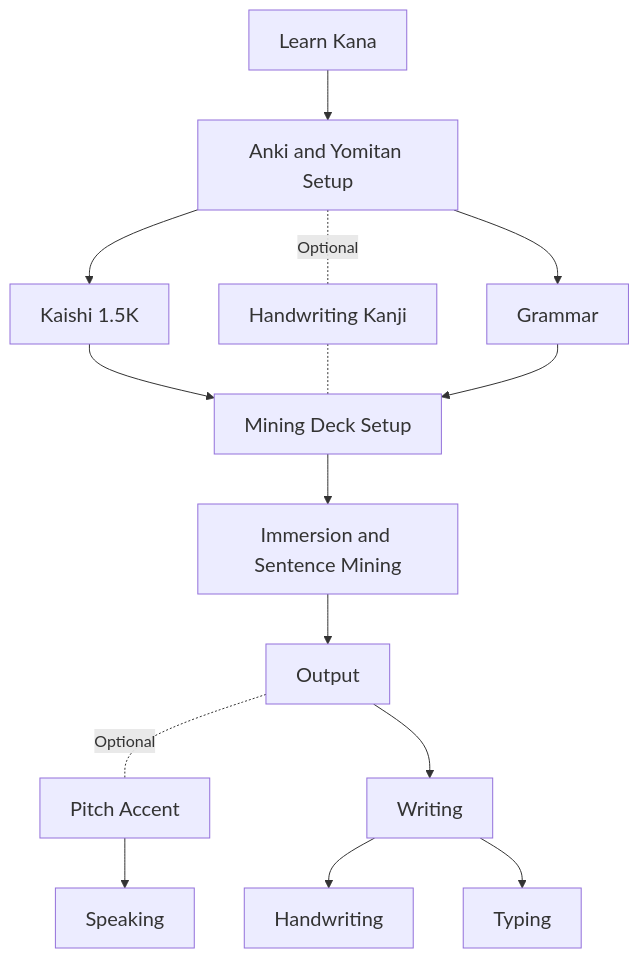
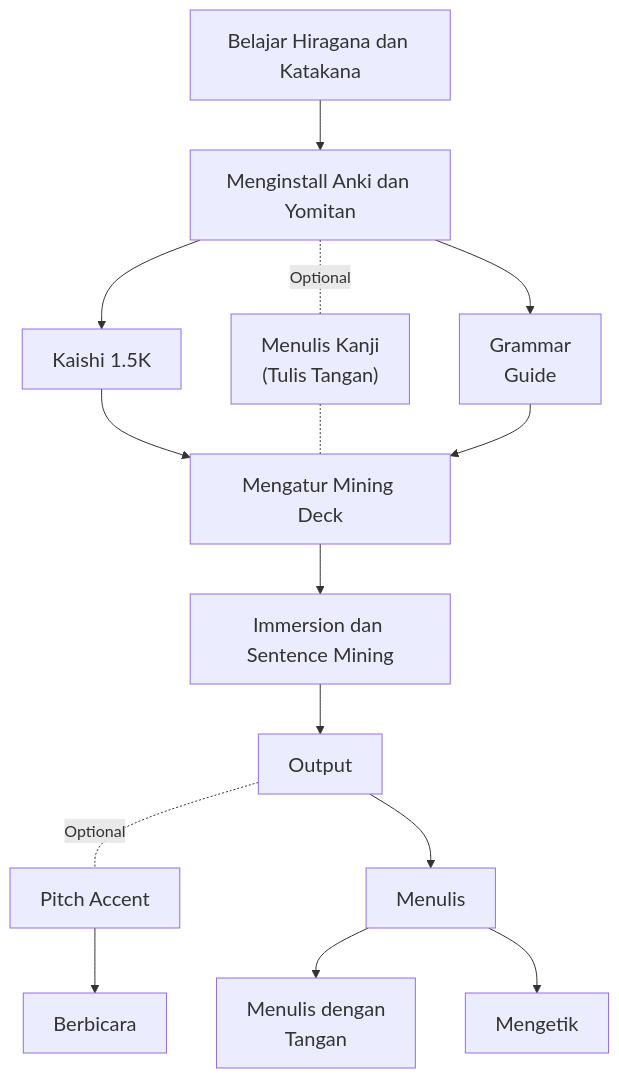
The diagram in docs/main_guide.md (nasena21/belajar-bahasa-jepang), drawn with Mermaid before and after one commit. The commit also changed other lines of this file and 4 other files, not shown here.

````diff
--- a/docs/main_guide.md
+++ b/docs/main_guide.md
@@ -3,17 +7,17 @@
 ```mermaid
-flowchart TB
-    A[<p style="font-size: 20px;">Learn Kana</p>] --> B[<p style="font-size: 20px;">Anki and Yomitan Setup</p>]
-    B --> C[<p style="font-size: 20px;">Kaishi 1.5K</p>]
-    B -.-|Optional| D[<p style="font-size: 20px;">Handwriting Kanji</p>]
-    B --> E[<p style="font-size: 20px;">Grammar</p>]
-    C --> F[<p style="font-size: 20px;">Mining Deck Setup</p>]
-    D -.- F[<p style="font-size: 20px;">Mining Deck Setup</p>]
-    E --> F[<p style="font-size: 20px;">Mining Deck Setup</p>]
-    F --> G[<p style="font-size: 20px;">Immersion and Sentence Mining</p>]
-    G --> H[<p style="font-size: 20px;">Output</p>]
-    H -.-|Optional| J[<p style="font-size: 20px;">Pitch Accent</p>]
-    J --> N[<p style="font-size: 20px;">Speaking</p>]
-    H --> K[<p style="font-size: 20px;">Writing</p>]
-    K --> L[<p style="font-size: 20px;">Handwriting</p>]
-    K --> M[<p style="font-size: 20px;">Typing</p>]
+    flowchart TB
+        A[<p style="font-size: 20px;">Belajar Hiragana dan Katakana</p>] --> B[<p style="font-size: 20px;">Menginstall Anki dan Yomitan</p>]
+        B --> C[<p style="font-size: 20px;">Kaishi 1.5K</p>]
+        B -.-|Optional| D[<p style="font-size: 20px;">Menulis Kanji <br>#40;Tulis Tangan#41;</p>]
+        B --> E[<p style="font-size: 20px;">Grammar <br> Guide</p>]
+        C --> F[<p style="font-size: 20px;">Mengatur Mining Deck</p>]
+        D -.- F[<p style="font-size: 20px;">Mengatur Mining Deck</p>]
+        E --> F[<p style="font-size: 20px;">Mengatur Mining Deck</p>]
+        F --> G[<p style="font-size: 20px;">Immersion dan Sentence Mining</p>]
+        G --> H[<p style="font-size: 20px;">Output</p>]
+        H -.-|Optional| J[<p style="font-size: 20px;">Pitch Accent</p>]
+        J --> N[<p style="font-size: 20px;">Berbicara</p>]
+        H --> K[<p style="font-size: 20px;">Menulis</p>]
+        K --> L[<p style="font-size: 20px;">Menulis dengan<br>Tangan</p>]
+        K --> M[<p style="font-size: 20px;">Mengetik</p>]
 ```
````
